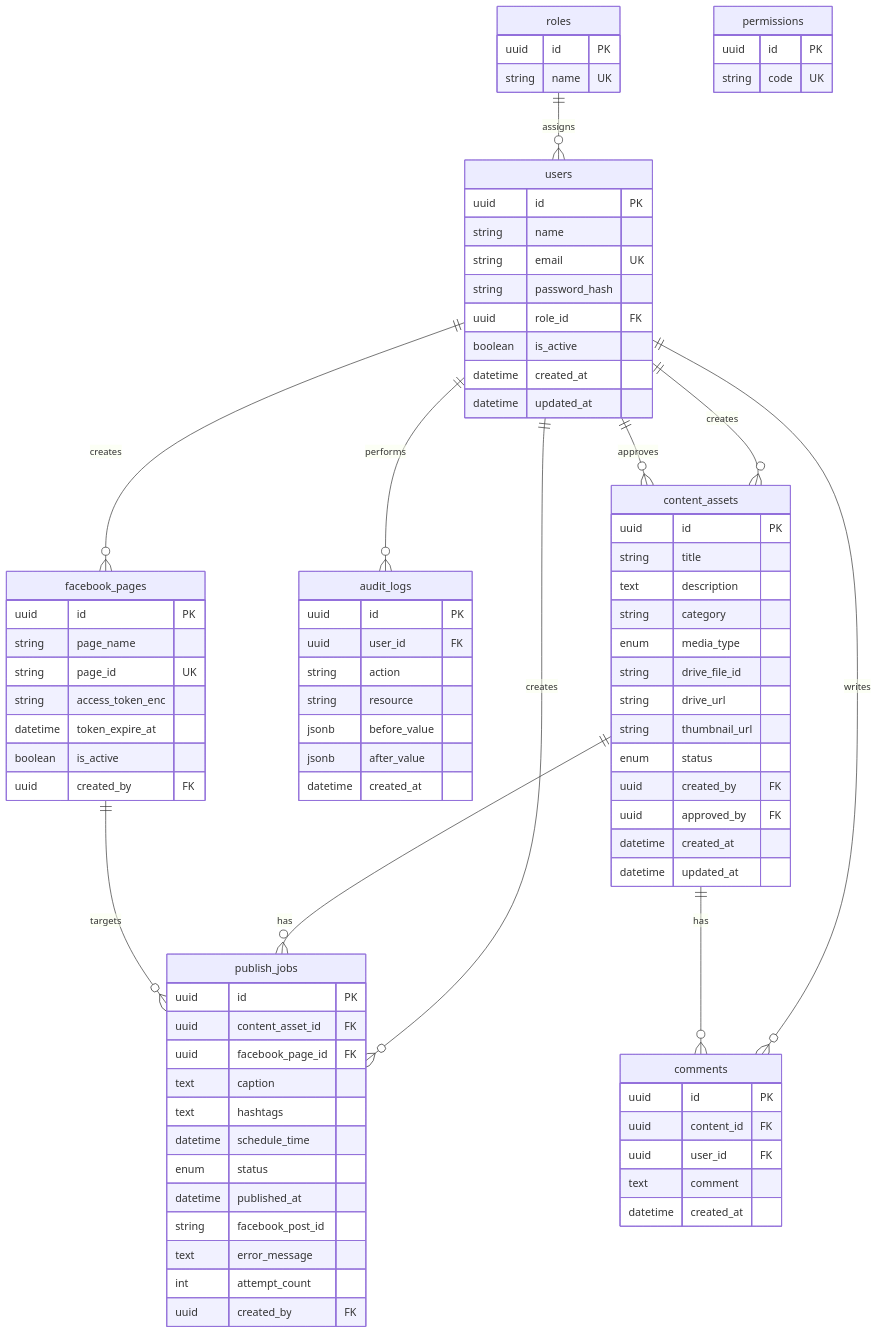
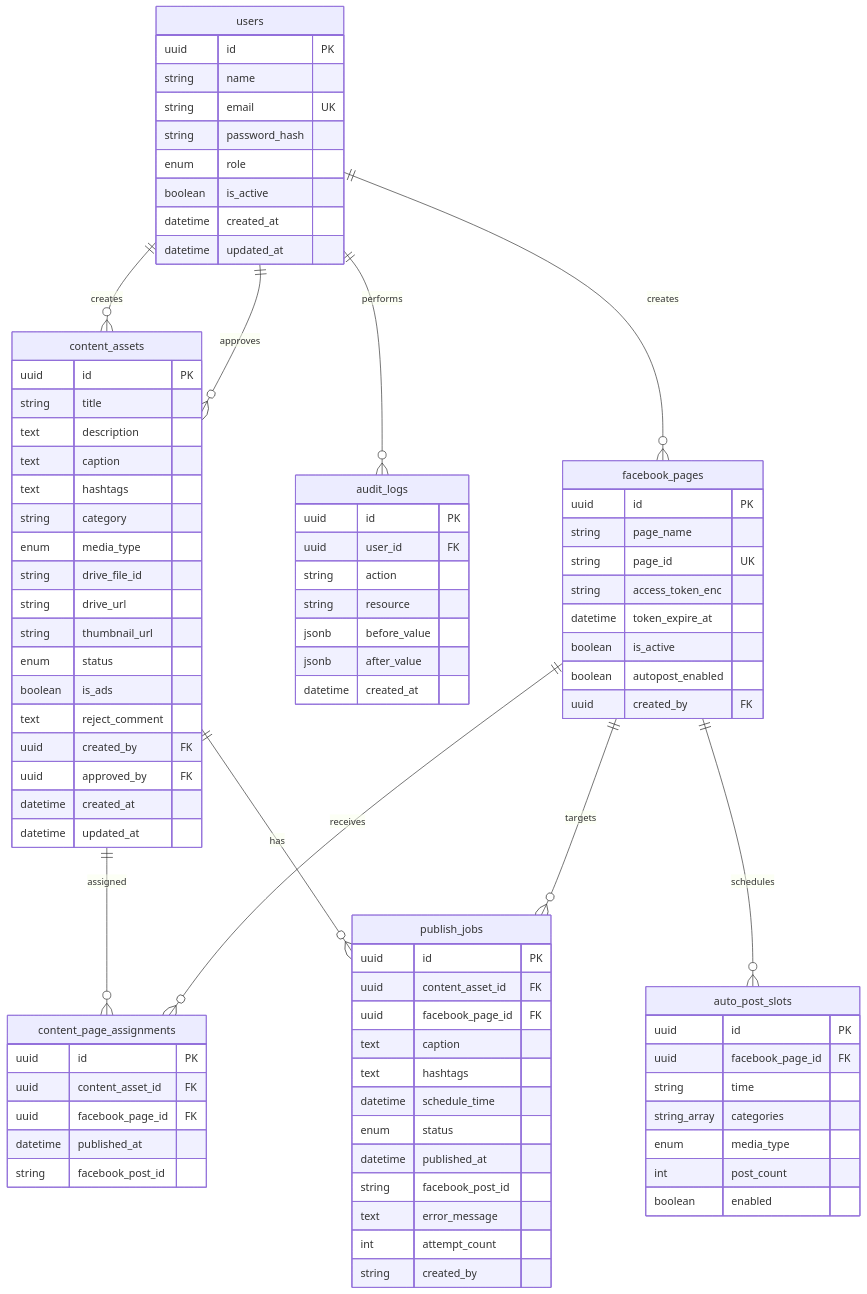
The diagram in docs/03-database-design.md (hieptvh18/auto-post-social), drawn with Mermaid before and after one commit. The commit also changed other lines of this file and 32 other files, not shown here.

```diff
--- a/docs/03-database-design.md
+++ b/docs/03-database-design.md
@@ -10,34 +10,23 @@
 erDiagram
     users ||--o{ content_assets : creates
     users ||--o{ content_assets : approves
-    users ||--o{ publish_jobs : creates
     users ||--o{ audit_logs : performs
-    users ||--o{ comments : writes
     users ||--o{ facebook_pages : creates
+    content_assets ||--o{ content_page_assignments : assigned
+    facebook_pages ||--o{ content_page_assignments : receives
     content_assets ||--o{ publish_jobs : has
-    content_assets ||--o{ comments : has
     facebook_pages ||--o{ publish_jobs : targets
-    roles ||--o{ users : assigns
+    facebook_pages ||--o{ auto_post_slots : schedules
 
     users {
         uuid id PK
         string name
         string email UK
         string password_hash
-        uuid role_id FK
+        enum role
         boolean is_active
         datetime created_at
         datetime updated_at
-    }
-
-    roles {
-        uuid id PK
-        string name UK
-    }
-
-    permissions {
-        uuid id PK
-        string code UK
     }
 
     facebook_pages {
@@ -47,6 +36,7 @@
         string access_token_enc
         datetime token_expire_at
         boolean is_active
+        boolean autopost_enabled
         uuid created_by FK
     }
 
@@ -54,16 +44,38 @@
         uuid id PK
         string title
         text description
+        text caption
+        text hashtags
         string category
         enum media_type
         string drive_file_id
         string drive_url
         string thumbnail_url
         enum status
+        boolean is_ads
+        text reject_comment
         uuid created_by FK
         uuid approved_by FK
         datetime created_at
         datetime updated_at
+    }
+
+    content_page_assignments {
+        uuid id PK
+        uuid content_asset_id FK
+        uuid facebook_page_id FK
+        datetime published_at
+        string facebook_post_id
+    }
+
+    auto_post_slots {
+        uuid id PK
+        uuid facebook_page_id FK
+        string time
+        string_array categories
+        enum media_type
+        int post_count
+        boolean enabled
     }
 
     publish_jobs {
@@ -78,15 +90,7 @@
         string facebook_post_id
         text error_message
         int attempt_count
-        uuid created_by FK
-    }
-
-    comments {
-        uuid id PK
-        uuid content_id FK
-        uuid user_id FK
-        text comment
-        datetime created_at
+        string created_by
     }
 
     audit_logs {
```
